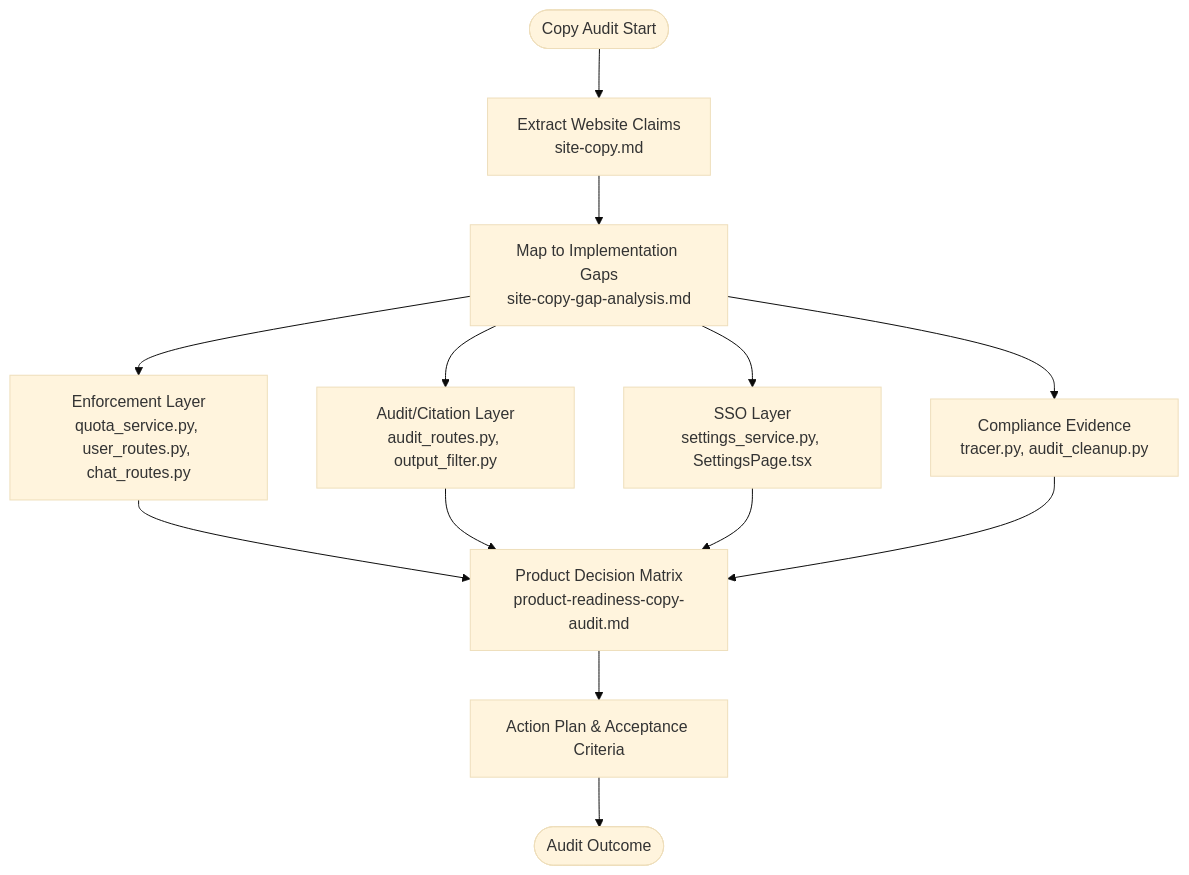
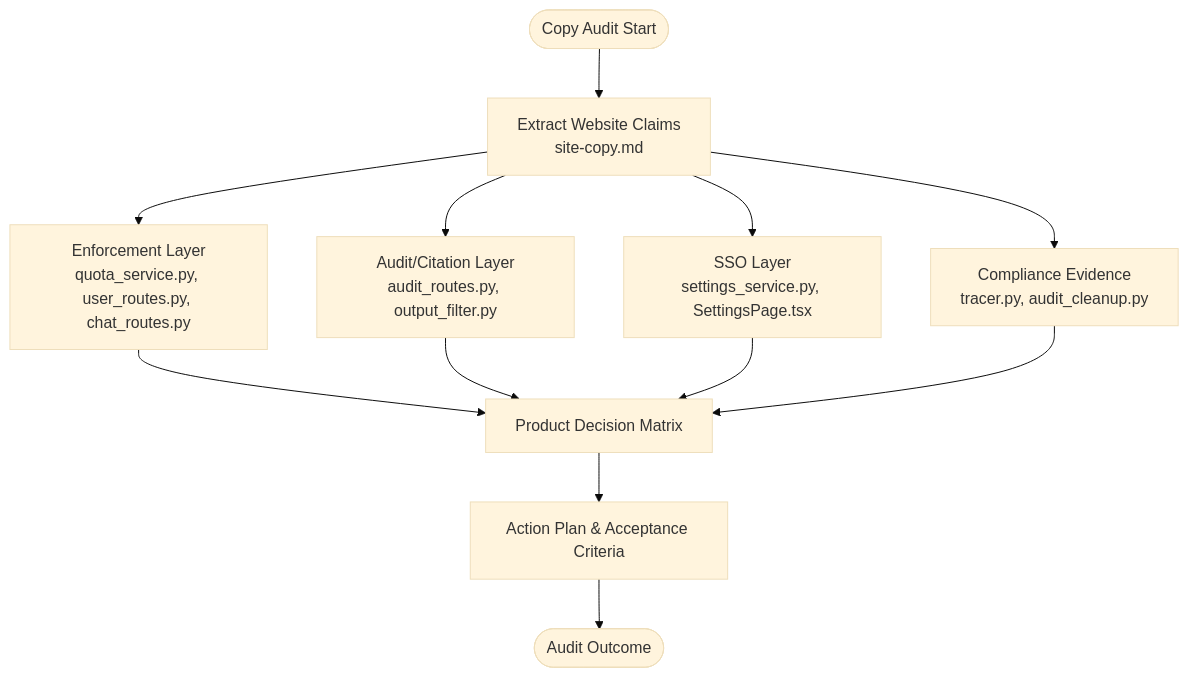
Before and after one commit to genes8/private-ai: the second of 5 diagrams in .qoder/repowiki/en/content/Project Overview/Product Readiness Copy Audit.md, drawn with Mermaid (base theme). The commit also changed other lines of this file and 19 other files, not shown here.

First line of the commit message:
feat(rag): grounded inference answer contract, numbered citations, output filter inference guard

````diff
--- a/.qoder/repowiki/en/content/Project Overview/Product Readiness Copy Audit.md
+++ b/.qoder/repowiki/en/content/Project Overview/Product Readiness Copy Audit.md
@@ -109,15 +111,14 @@
 ```mermaid
 flowchart TD
 Start(["Copy Audit Start"]) --> Claims["Extract Website Claims<br/>site-copy.md"]
-Claims --> Gaps["Map to Implementation Gaps<br/>site-copy-gap-analysis.md"]
-Gaps --> Enforce["Enforcement Layer<br/>quota_service.py, user_routes.py, chat_routes.py"]
-Gaps --> Audit["Audit/Citation Layer<br/>audit_routes.py, output_filter.py"]
-Gaps --> SSO["SSO Layer<br/>settings_service.py, SettingsPage.tsx"]
-Gaps --> Compliance["Compliance Evidence<br/>tracer.py, audit_cleanup.py"]
-Enforce --> Decision["Product Decision Matrix<br/>product-readiness-copy-audit.md"]
+Claims --> Enforce["Enforcement Layer<br/>quota_service.py, user_routes.py, chat_routes.py"]
+Claims --> Audit["Audit/Citation Layer<br/>audit_routes.py, output_filter.py"]
+Claims --> SSO["SSO Layer<br/>settings_service.py, SettingsPage.tsx"]
+Claims --> Compliance["Compliance Evidence<br/>tracer.py, audit_cleanup.py"]
+Enforce --> Decision["Product Decision Matrix"]
 Audit --> Decision
 SSO --> Decision
 Compliance --> Decision
 Decision --> Actions["Action Plan & Acceptance Criteria"]
 Actions --> End(["Audit Outcome"])
 ```
````
